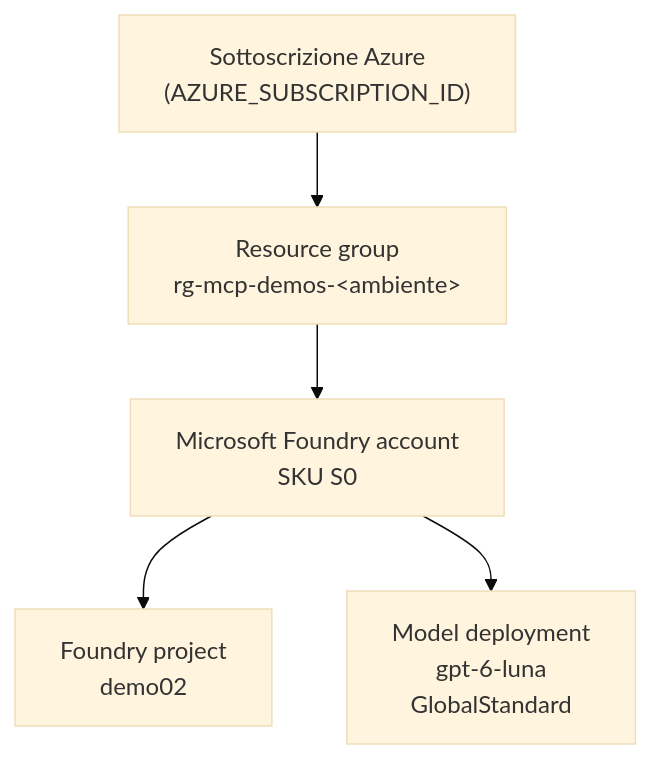
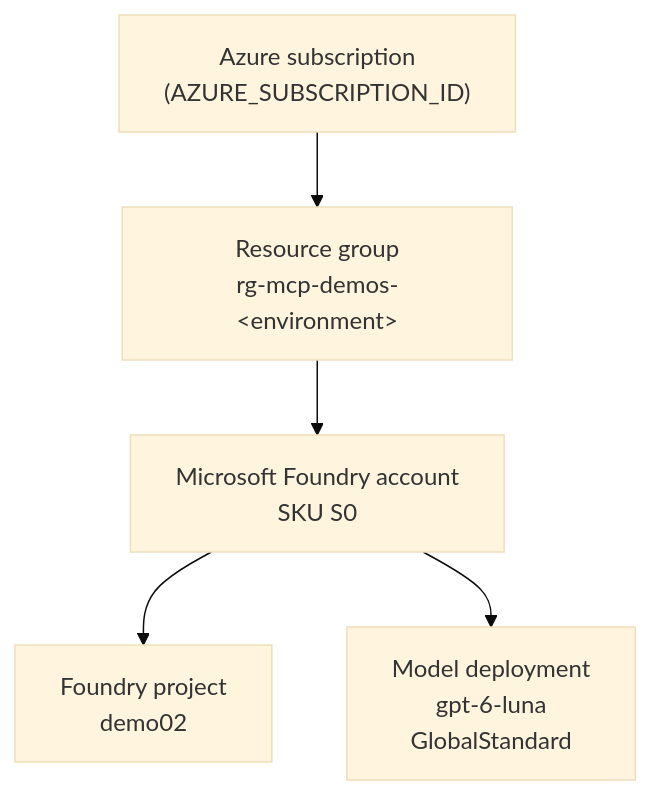
The diagram in infra/README.md (massimobonanni/MCP-Demos), drawn with Mermaid (base theme) before and after one commit. The commit also changed other lines of this file and 5 other files, not shown here.

````diff
--- a/infra/README.md
+++ b/infra/README.md
@@ -15,13 +15,13 @@
 ```mermaid
 flowchart TD
-    S["Sottoscrizione Azure<br/>(AZURE_SUBSCRIPTION_ID)"]
-    RG["Resource group<br/>rg-mcp-demos-&lt;ambiente&gt;"]
+    S["Azure subscription<br/>(AZURE_SUBSCRIPTION_ID)"]
+    RG["Resource group<br/>rg-mcp-demos-&lt;environment&gt;"]
     FA["Microsoft Foundry account<br/>SKU S0"]
     P["Foundry project<br/>demo02"]
     D["Model deployment<br/>gpt-6-luna<br/>GlobalStandard"]
 
     S --> RG
     RG --> FA
     FA --> P
     FA --> D
 ```
````
